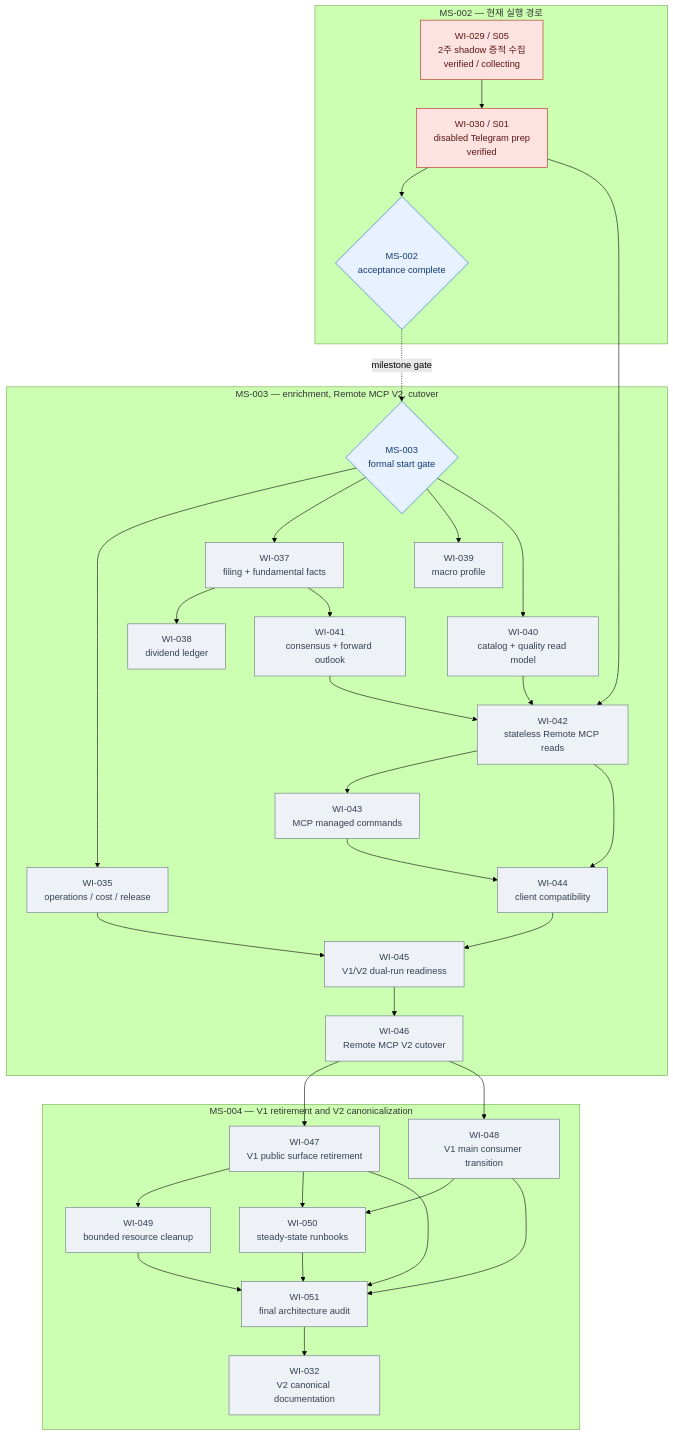
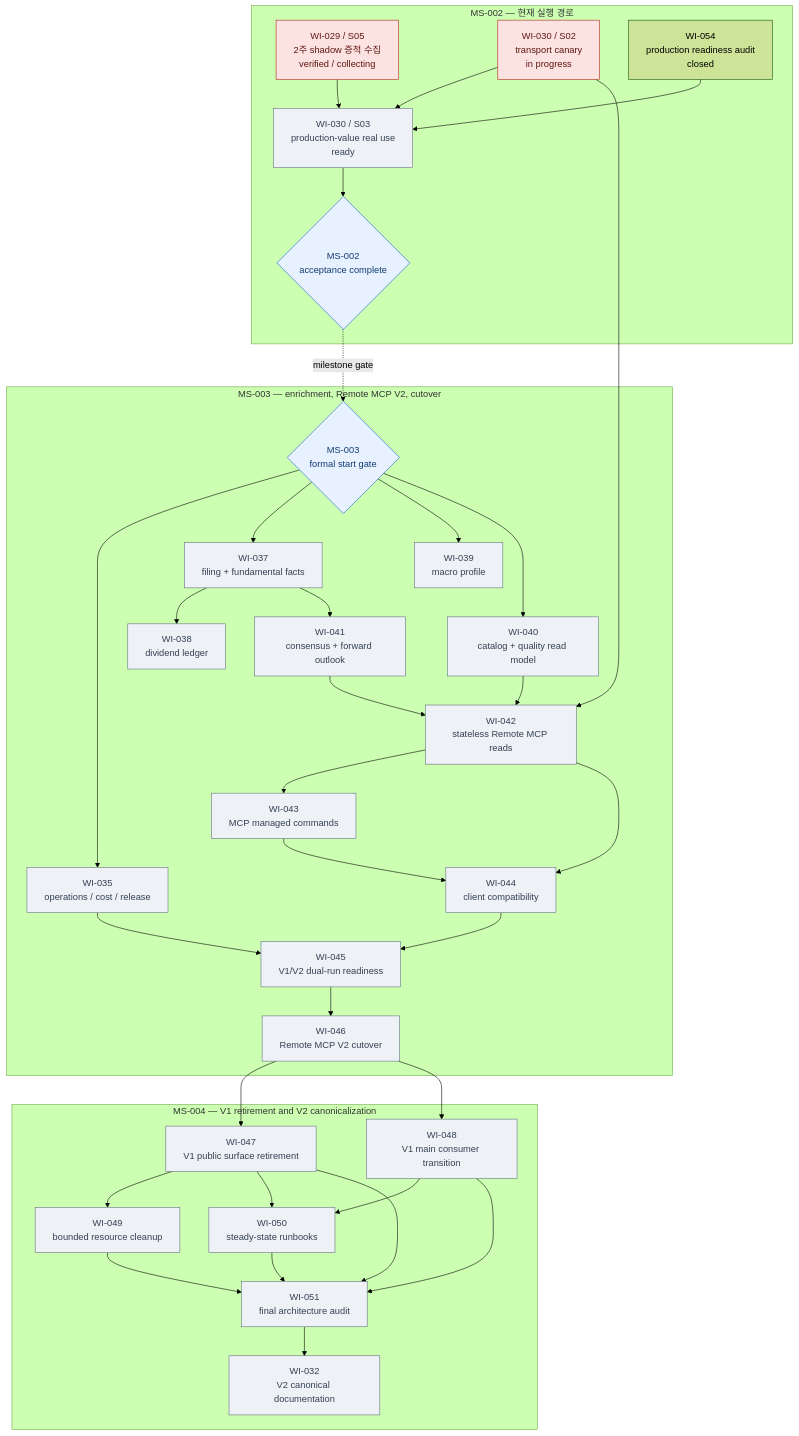
Before and after one commit to meringue5/KIS_Portfolio_MCP: the third of 3 diagrams in docs/milestones/README.md, drawn with Mermaid (forest theme). The commit also changed other lines of this file and 7 other files, not shown here.

````diff
--- a/docs/milestones/README.md
+++ b/docs/milestones/README.md
@@ -138,69 +138,75 @@
 ```mermaid
 flowchart TB
     subgraph M2["MS-002 — 현재 실행 경로"]
         W29["WI-029 / S05<br/>2주 shadow 증적 수집<br/>verified / collecting"]
-        W30["WI-030 / S01<br/>disabled Telegram prep<br/>verified"]
+        W30["WI-030 / S02<br/>transport canary<br/>in progress"]
+        W54["WI-054<br/>production readiness audit<br/>closed"]
+        W30S3["WI-030 / S03<br/>production-value real use<br/>ready"]
         M2DONE{"MS-002<br/>acceptance complete"}
-        W29 --> W30 --> M2DONE
+        W29 --> W30S3
+        W30 --> W30S3
+        W54 --> W30S3 --> M2DONE
     end
 
     subgraph M3["MS-003 — enrichment, Remote MCP V2, cutover"]
         M3OPEN{"MS-003<br/>formal start gate"}
         W35["WI-035<br/>operations / cost / release"]
         W37["WI-037<br/>filing + fundamental facts"]
         W38["WI-038<br/>dividend ledger"]
         W39["WI-039<br/>macro profile"]
         W40["WI-040<br/>catalog + quality read model"]
         W41["WI-041<br/>consensus + forward outlook"]
         W42["WI-042<br/>stateless Remote MCP reads"]
         W43["WI-043<br/>MCP managed commands"]
         W44["WI-044<br/>client compatibility"]
         W45["WI-045<br/>V1/V2 dual-run readiness"]
         W46["WI-046<br/>Remote MCP V2 cutover"]
 
         M3OPEN --> W35
         M3OPEN --> W37
         M3OPEN --> W39
         M3OPEN --> W40
         W37 --> W38
         W37 --> W41
         W30 --> W42
         W40 --> W42
         W41 --> W42
         W42 --> W43
         W42 --> W44
         W43 --> W44
         W35 --> W45
         W44 --> W45 --> W46
     end
 
     subgraph M4["MS-004 — V1 retirement and V2 canonicalization"]
         W47["WI-047<br/>V1 public surface retirement"]
         W48["WI-048<br/>V1 main consumer transition"]
         W49["WI-049<br/>bounded resource cleanup"]
         W50["WI-050<br/>steady-state runbooks"]
         W51["WI-051<br/>final architecture audit"]
         W32["WI-032<br/>V2 canonical documentation"]
 
         W46 --> W47
         W46 --> W48
         W47 --> W49
         W47 --> W50
         W48 --> W50
         W47 --> W51
         W48 --> W51
         W49 --> W51
         W50 --> W51
         W51 --> W32
     end
 
     M2DONE -. milestone gate .-> M3OPEN
 
     classDef active fill:#fff1bf,stroke:#9a6b00,color:#4b3500;
     classDef blocked fill:#fde2e2,stroke:#b42318,color:#5b1712;
     classDef proposed fill:#eef1f5,stroke:#667085,color:#344054;
     classDef gate fill:#e8f1ff,stroke:#175cd3,color:#123b72;
     class W29,W30 blocked;
+    class W54 closed;
+    class W30S3 proposed;
     class W35,W37,W38,W39,W40,W41,W42,W43,W44,W45,W46,W47,W48,W49,W50,W51,W32 proposed;
     class M2DONE,M3OPEN gate;
 ```
````
